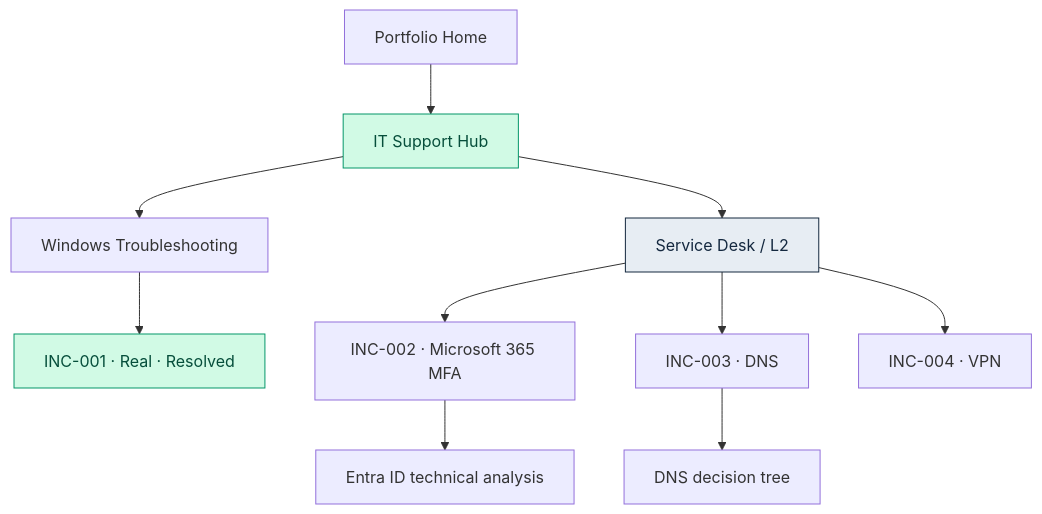
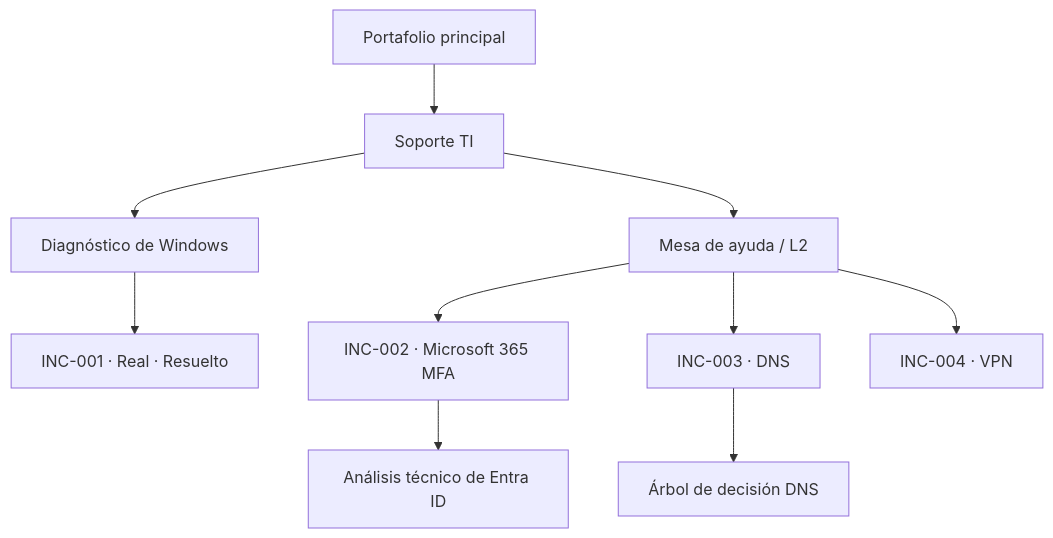
Before and after one commit to fefemora/it-portfolio-es: the diagram in IT-Support/README.md, drawn with Mermaid. The commit also changed other lines of this file, not shown here.

Commit message:
docs(es): translate IT support hub including Mermaid workflow

````diff
--- a/IT-Support/README.md
+++ b/IT-Support/README.md
@@ -29,15 +29,12 @@
 ```mermaid
 flowchart TD
-    P["Portfolio Home"] --> IT["IT Support Hub"]
-    IT --> W["Windows Troubleshooting"]
-    IT --> SD["Service Desk / L2"]
-    W --> I1["INC-001 · Real · Resolved"]
+    P["Portafolio principal"] --> IT["Soporte TI"]
+    IT --> W["Diagnóstico de Windows"]
+    IT --> SD["Mesa de ayuda / L2"]
+    W --> I1["INC-001 · Real · Resuelto"]
     SD --> I2["INC-002 · Microsoft 365 MFA"]
     SD --> I3["INC-003 · DNS"]
     SD --> I4["INC-004 · VPN"]
-    I2 --> D2["Entra ID technical analysis"]
-    I3 --> D3["DNS decision tree"]
-    style IT fill:#D1FAE5,stroke:#059669,color:#064E3B
-    style I1 fill:#D1FAE5,stroke:#059669,color:#064E3B
-    style SD fill:#E7EDF3,stroke:#14283F,color:#14283F
+    I2 --> D2["Análisis técnico de Entra ID"]
+    I3 --> D3["Árbol de decisión DNS"]
 ```
````
